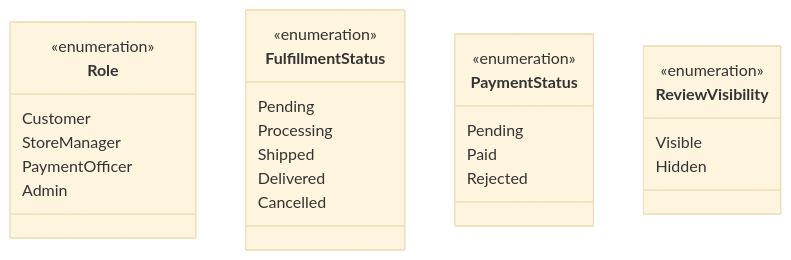
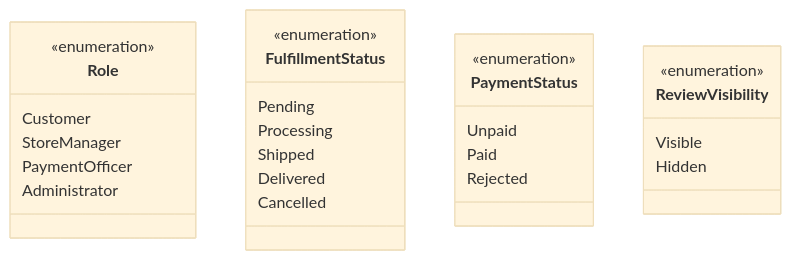
Before and after one commit to hananabedalkareemabololy/RuqiStore-Documentation-Meeating: the second of 2 diagrams in Documantation/06-domain-model.md, drawn with Mermaid (base theme). The commit also changed other lines of this file, not shown here.

````diff
--- a/Documantation/06-domain-model.md
+++ b/Documantation/06-domain-model.md
@@ -248,33 +253,33 @@
 ```mermaid
 classDiagram
 
     class Role {
         <<enumeration>>
         Customer
         StoreManager
         PaymentOfficer
-        Admin
+        Administrator
     }
 
     class FulfillmentStatus {
         <<enumeration>>
         Pending
         Processing
         Shipped
         Delivered
         Cancelled
     }
 
-    class PaymentStatus {
-        <<enumeration>>
-        Pending
-        Paid
-        Rejected
-    }
+ class PaymentStatus {
+    <<enumeration>>
+    Unpaid
+    Paid
+    Rejected
+}
 
     class ReviewVisibility {
         <<enumeration>>
         Visible
         Hidden
     }
 ```
````
